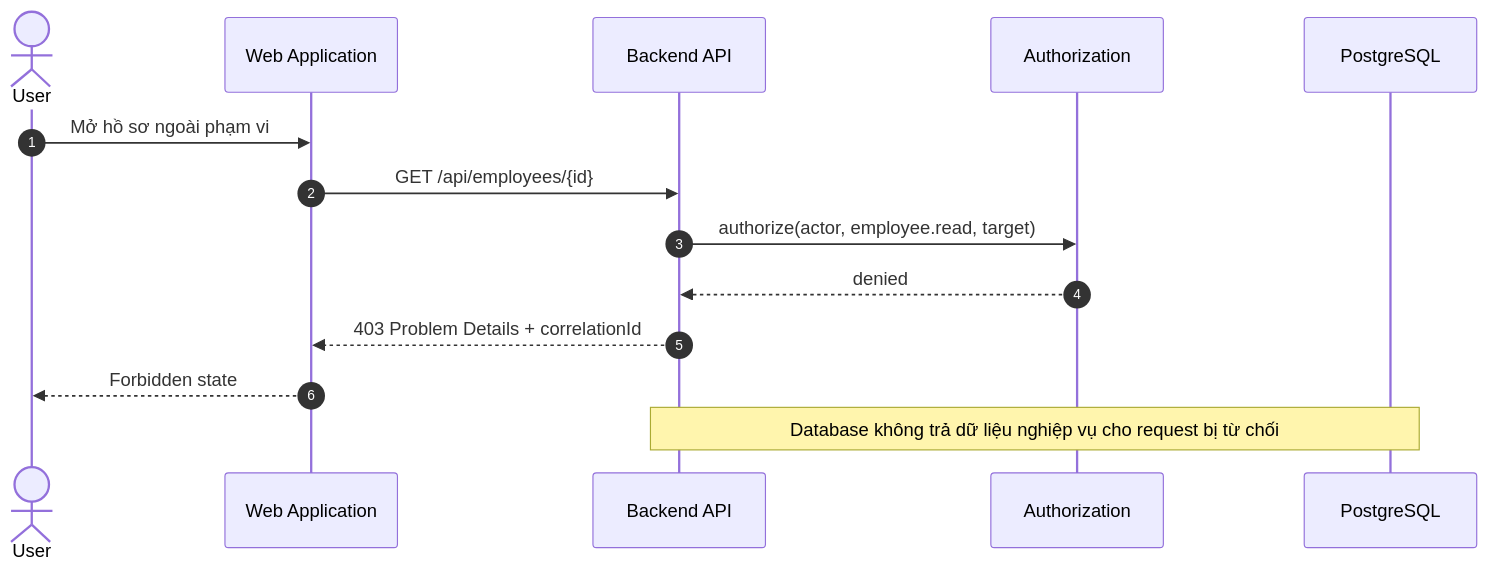
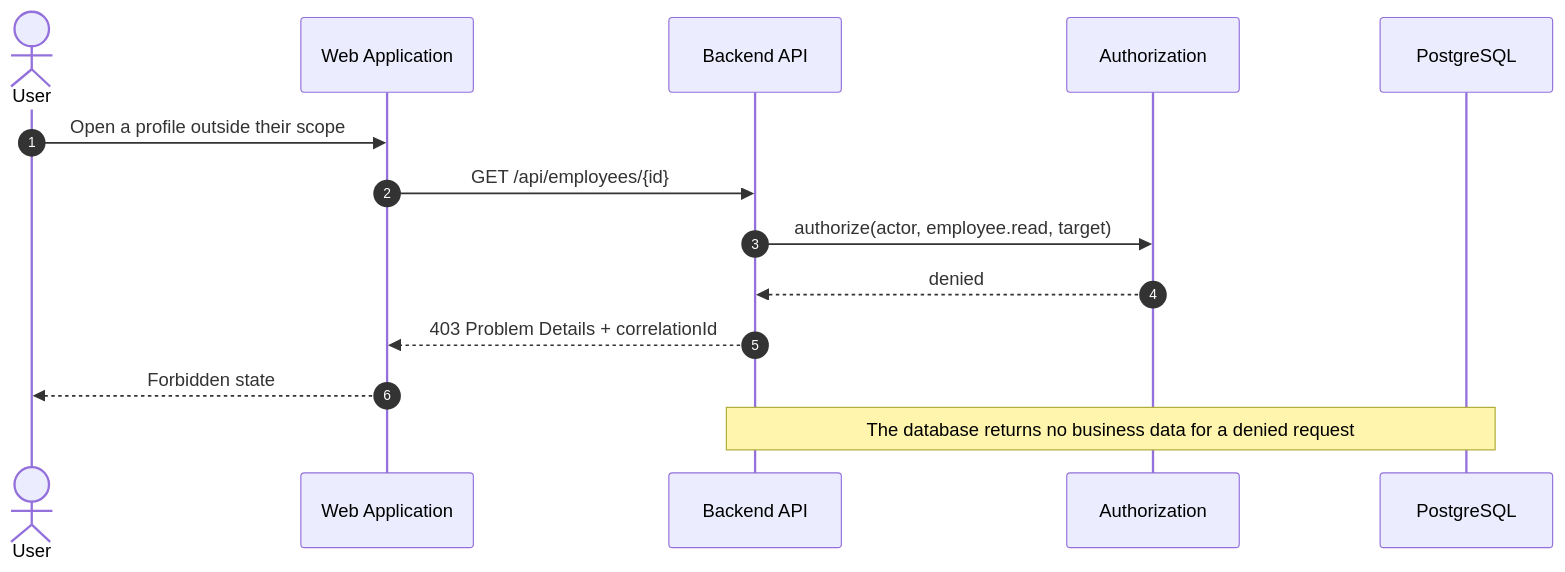
Before and after one commit to nvdat16/QLNS: the eighth of 12 diagrams in docs/architecture.md, drawn with Mermaid. The commit also changed other lines of this file and 25 other files, not shown here.

````diff
--- a/docs/architecture.md
+++ b/docs/architecture.md
@@ -496,17 +496,17 @@
 ```mermaid
 sequenceDiagram
     autonumber
     actor U as User
     participant W as Web Application
     participant A as Backend API
     participant Z as Authorization
     participant D as PostgreSQL
 
-    U->>W: Mở hồ sơ ngoài phạm vi
+    U->>W: Open a profile outside their scope
     W->>A: GET /api/employees/{id}
     A->>Z: authorize(actor, employee.read, target)
     Z-->>A: denied
     A-->>W: 403 Problem Details + correlationId
     W-->>U: Forbidden state
-    Note over A,D: Database không trả dữ liệu nghiệp vụ cho request bị từ chối
+    Note over A,D: The database returns no business data for a denied request
 ```
````
